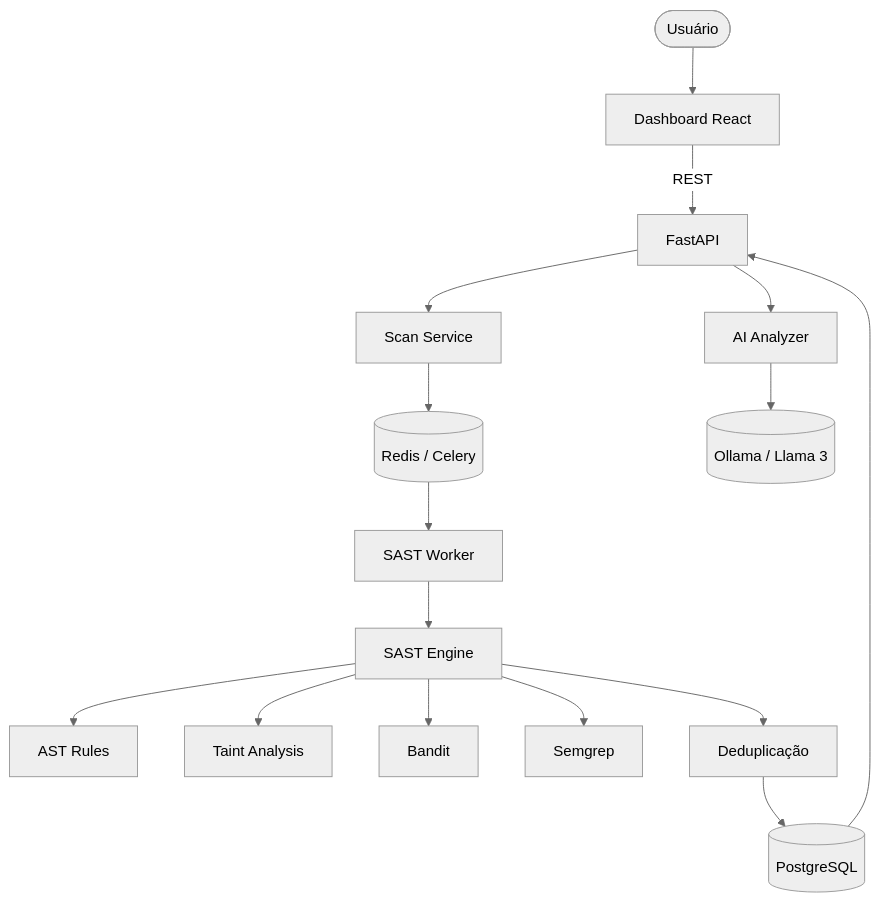
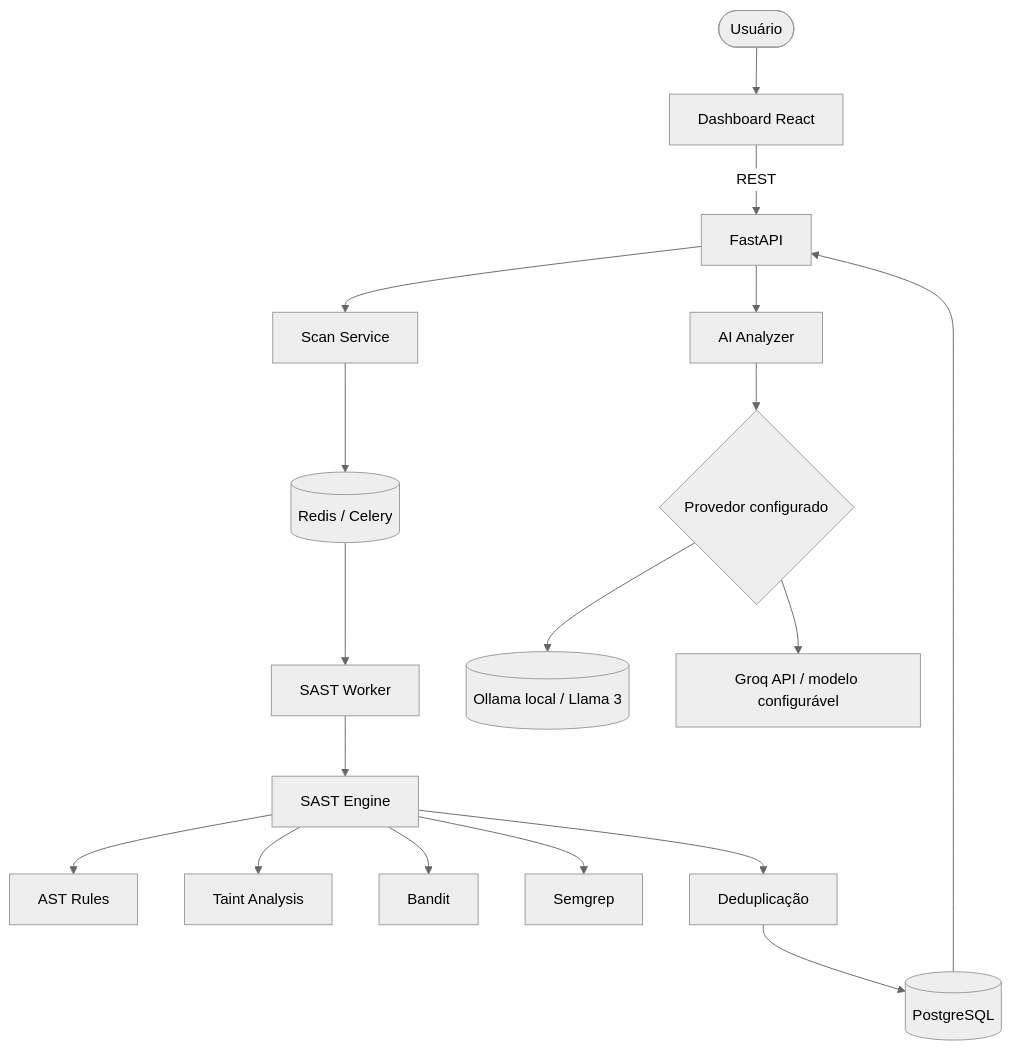
One commit to LorenzzoDiass/SASTGuard changed the diagram in README.md. Above: the diagram before and after it, drawn with Mermaid (neutral theme). The commit also changed other lines of this file, not shown here.

First line of the commit message:
Revise README for AI provider options and features

````diff
--- a/README.md
+++ b/README.md
@@ -59,18 +61,20 @@
 ```mermaid
 flowchart TD
     User([Usuário]) --> FE[Dashboard React]
     FE -->|REST| API[FastAPI]
     API --> SS[Scan Service]
     SS --> Q[(Redis / Celery)]
     Q --> W[SAST Worker]
     W --> ENG[SAST Engine]
     ENG --> AST[AST Rules]
     ENG --> TAINT[Taint Analysis]
     ENG --> BANDIT[Bandit]
     ENG --> SEMGREP[Semgrep]
     ENG --> DEDUP[Deduplicação]
     DEDUP --> DB[(PostgreSQL)]
     API --> AI[AI Analyzer]
-    AI --> OLLAMA[(Ollama / Llama 3)]
+    AI --> PROVIDER{Provedor configurado}
+    PROVIDER --> OLLAMA[(Ollama local / Llama 3)]
+    PROVIDER --> GROQ[Groq API / modelo configurável]
     DB --> API
 ```
````
